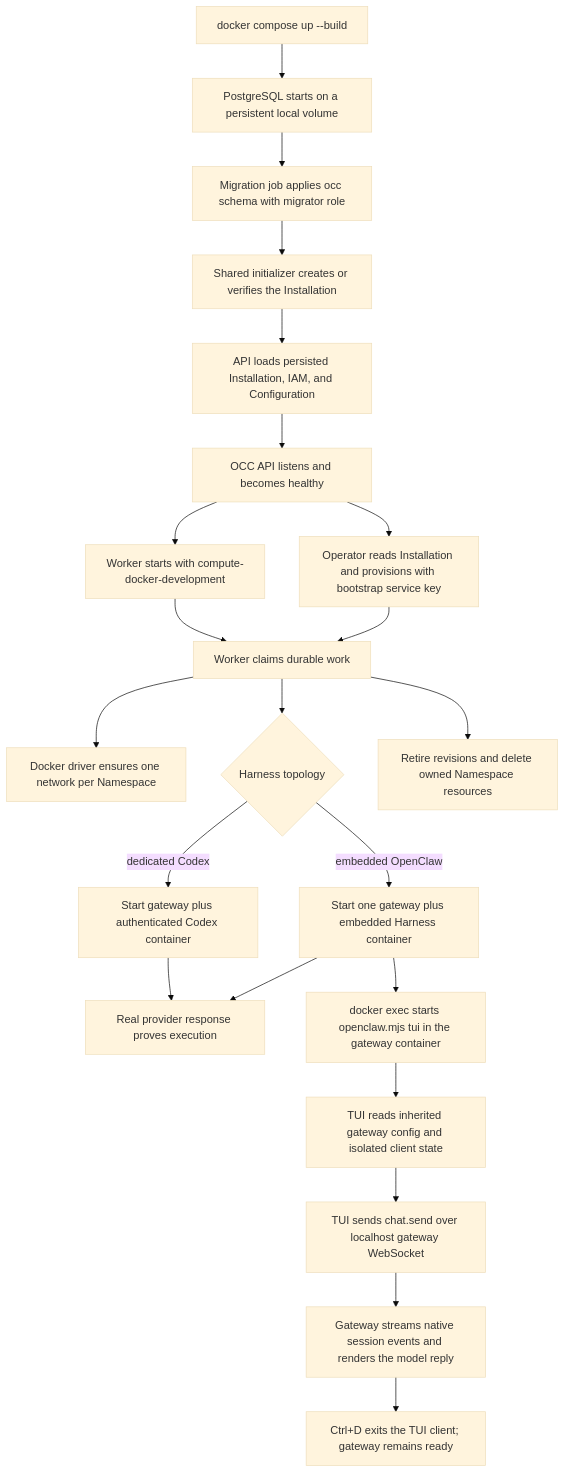
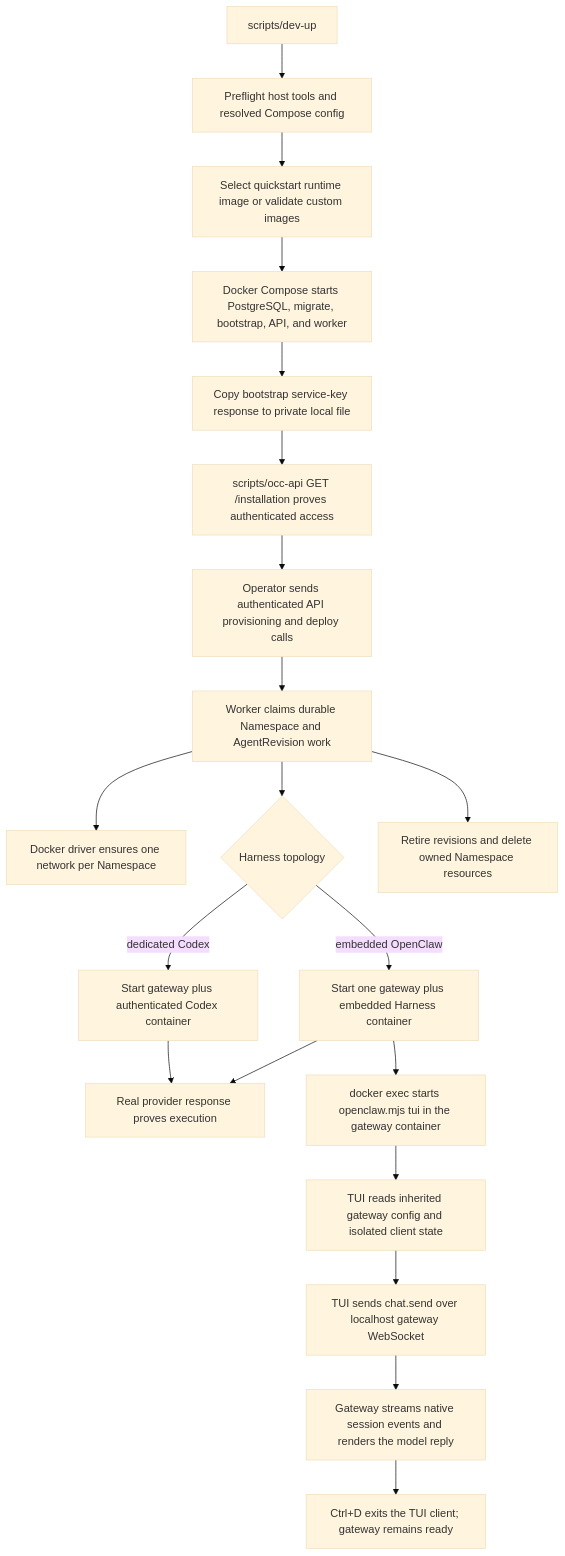
Before and after one commit to IsaiahStapleton/openclaw-enterprise: the diagram in docs/flows/docker-compose-development.md, drawn with Mermaid (base theme). The commit also changed other lines of this file and 23 other files, not shown here.

Commit message:
docs: consolidate and correct runtime flow documentation

````diff
--- a/docs/flows/docker-compose-development.md
+++ b/docs/flows/docker-compose-development.md
@@ -43,24 +53,22 @@
 ```mermaid
 graph TD
-  A["docker compose up --build"] --> B["PostgreSQL starts on a persistent local volume"]
-  B --> C["Migration job applies occ schema with migrator role"]
-  C --> D["Shared initializer creates or verifies the Installation"]
-  D --> E["API loads persisted Installation, IAM, and Configuration"]
-  E --> F["OCC API listens and becomes healthy"]
-  F --> G["Worker starts with compute-docker-development"]
-  F --> H["Operator reads Installation and provisions with bootstrap service key"]
-  H --> I
-  G --> I["Worker claims durable work"]
-  I --> J["Docker driver ensures one network per Namespace"]
-  I --> K{"Harness topology"}
-  K -->|embedded OpenClaw| L["Start one gateway plus embedded Harness container"]
-  K -->|dedicated Codex| M["Start gateway plus authenticated Codex container"]
-  L --> N["Real provider response proves execution"]
-  M --> N
-  L --> O["docker exec starts openclaw.mjs tui in the gateway container"]
-  O --> P["TUI reads inherited gateway config and isolated client state"]
-  P --> Q["TUI sends chat.send over localhost gateway WebSocket"]
-  Q --> R["Gateway streams native session events and renders the model reply"]
-  R --> S["Ctrl+D exits the TUI client; gateway remains ready"]
-  I --> T["Retire revisions and delete owned Namespace resources"]
+  A["scripts/dev-up"] --> B["Preflight host tools and resolved Compose config"]
+  B --> C["Select quickstart runtime image or validate custom images"]
+  C --> D["Docker Compose starts PostgreSQL, migrate, bootstrap, API, and worker"]
+  D --> E["Copy bootstrap service-key response to private local file"]
+  E --> F["scripts/occ-api GET /installation proves authenticated access"]
+  F --> G["Operator sends authenticated API provisioning and deploy calls"]
+  G --> H["Worker claims durable Namespace and AgentRevision work"]
+  H --> I["Docker driver ensures one network per Namespace"]
+  H --> J{"Harness topology"}
+  J -->|embedded OpenClaw| K["Start one gateway plus embedded Harness container"]
+  J -->|dedicated Codex| L["Start gateway plus authenticated Codex container"]
+  K --> M["Real provider response proves execution"]
+  L --> M
+  K --> N["docker exec starts openclaw.mjs tui in the gateway container"]
+  N --> O["TUI reads inherited gateway config and isolated client state"]
+  O --> P["TUI sends chat.send over localhost gateway WebSocket"]
+  P --> Q["Gateway streams native session events and renders the model reply"]
+  Q --> R["Ctrl+D exits the TUI client; gateway remains ready"]
+  H --> S["Retire revisions and delete owned Namespace resources"]
 ```
````
